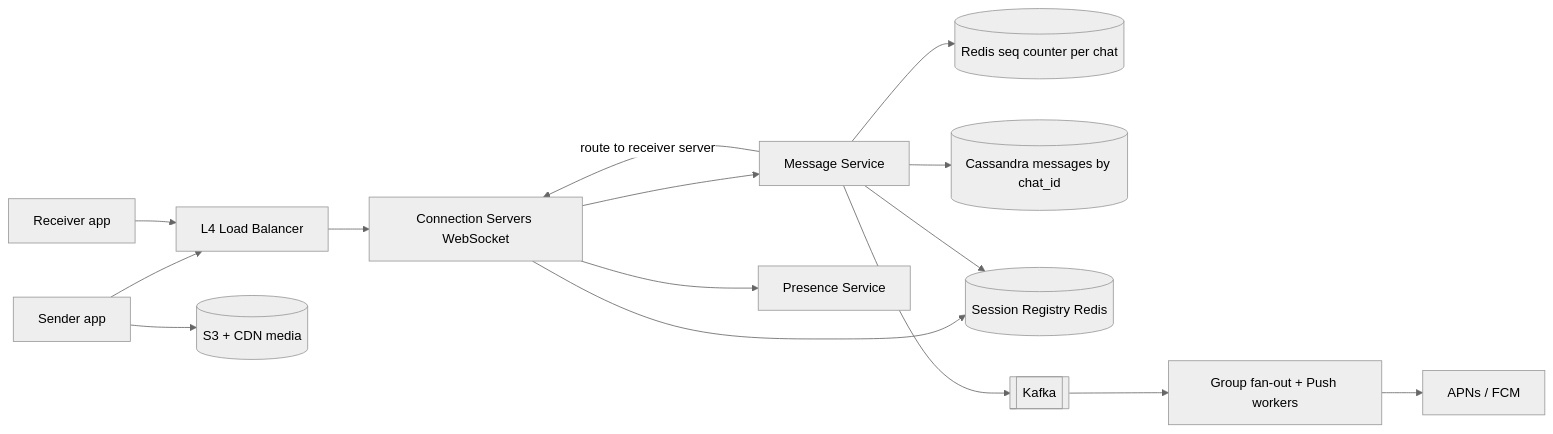
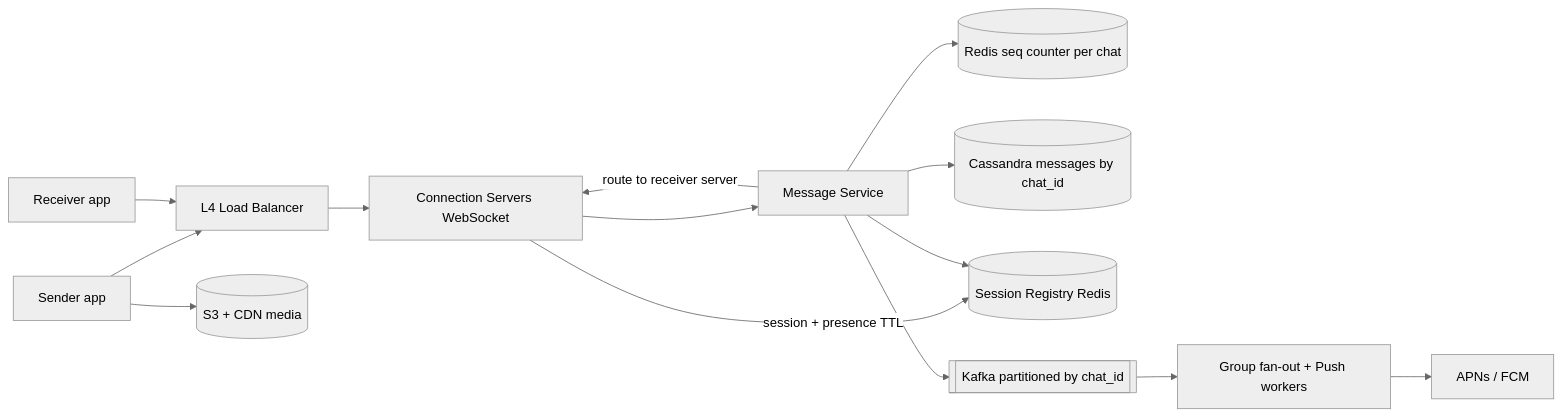
The first of 2 diagrams in content-en/02-questions/t1-04-whatsapp-chat.md (flow6979/system-design-prep), drawn with Mermaid (neutral theme) before and after one commit. The commit also changed other lines of this file and 61 other files, not shown here.

````diff
--- a/content-en/02-questions/t1-04-whatsapp-chat.md
+++ b/content-en/02-questions/t1-04-whatsapp-chat.md
@@ -93,17 +99,16 @@
 ```mermaid
 flowchart LR
   C1["Sender app"] --> LB["L4 Load Balancer"]
   C2["Receiver app"] --> LB
   LB --> WS["Connection Servers WebSocket"]
   WS --> MS["Message Service"]
   MS --> SEQ[("Redis seq counter per chat")]
   MS --> DB[("Cassandra messages by chat_id")]
-  WS --> SR[("Session Registry Redis")]
+  WS -- "session + presence TTL" --> SR[("Session Registry Redis")]
   MS --> SR
   MS -- "route to receiver server" --> WS
-  MS --> K[["Kafka"]]
+  MS --> K[["Kafka partitioned by chat_id"]]
   K --> GF["Group fan-out + Push workers"]
   GF --> PN["APNs / FCM"]
-  WS --> PR["Presence Service"]
   C1 --> S3[("S3 + CDN media")]
 ```
````
